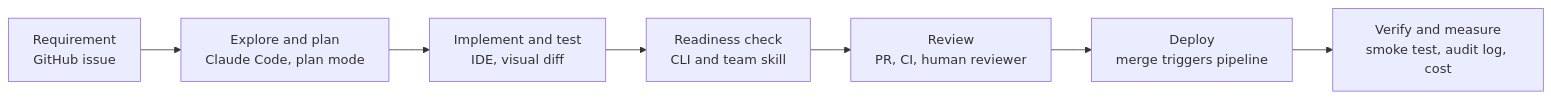
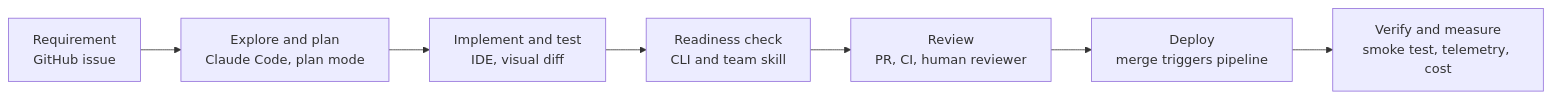
The first of 2 diagrams in docs/demo/brief.md (hannahzimmerman4/fintechco-starter), drawn with Mermaid before and after one commit. The commit also changed other lines of this file and 4 other files, not shown here.

Commit message:
feat: telemetry replaces the audit hook; docs point at .claude/telemetry

````diff
--- a/docs/demo/brief.md
+++ b/docs/demo/brief.md
@@ -30,9 +30,9 @@
 ```mermaid
 flowchart LR
     A["Requirement<br/>GitHub issue"] --> B["Explore and plan<br/>Claude Code, plan mode"]
     B --> C["Implement and test<br/>IDE, visual diff"]
     C --> D["Readiness check<br/>CLI and team skill"]
     D --> E["Review<br/>PR, CI, human reviewer"]
     E --> F["Deploy<br/>merge triggers pipeline"]
-    F --> G["Verify and measure<br/>smoke test, audit log, cost"]
+    F --> G["Verify and measure<br/>smoke test, telemetry, cost"]
 ```
````
